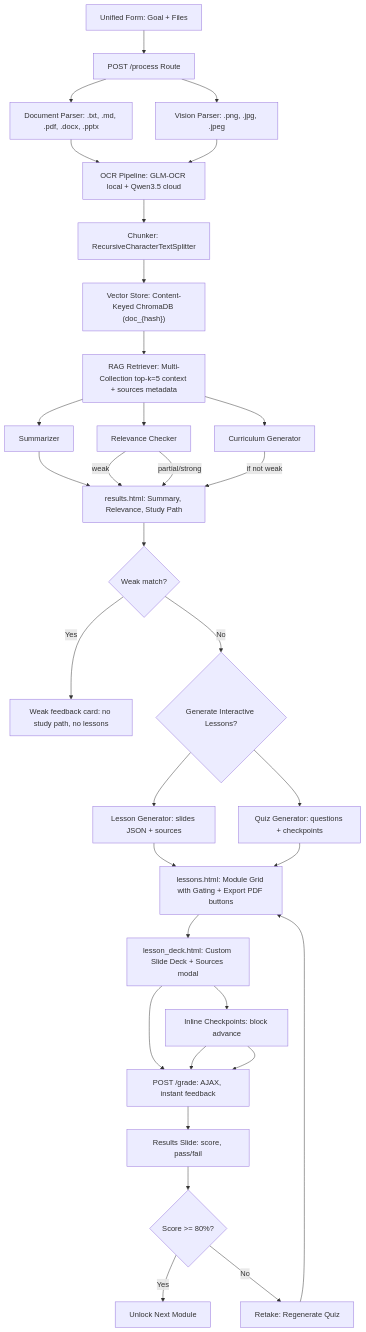
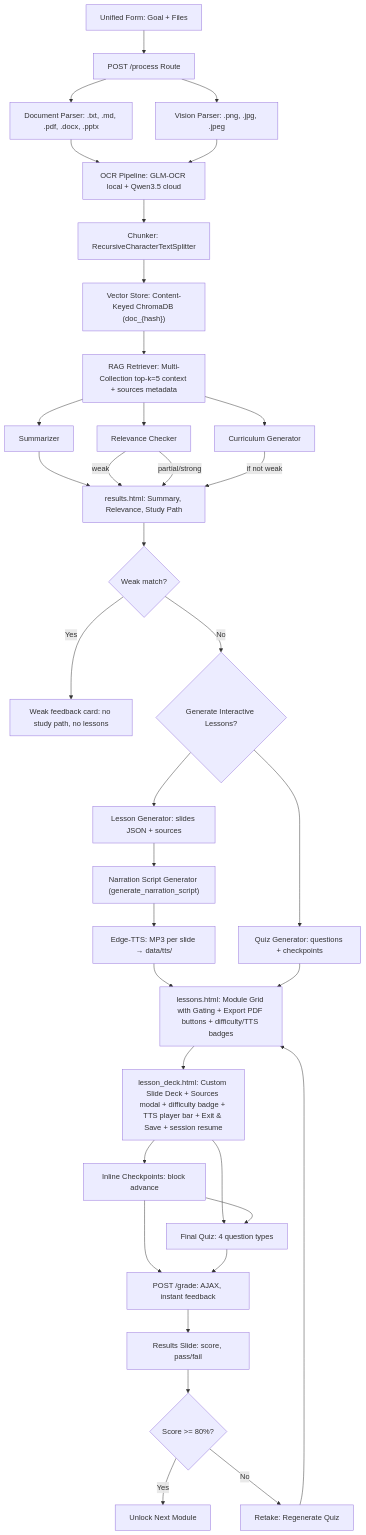
Before and after one commit to stephen-cpe/study-and-learn: the diagram in docs/DESIGN_AND_TESTING.md, drawn with Mermaid. The commit also changed other lines of this file and 40 other files, not shown here.

````diff
--- a/docs/DESIGN_AND_TESTING.md
+++ b/docs/DESIGN_AND_TESTING.md
@@ -14,35 +14,39 @@
 ```mermaid
 flowchart TD
     A["Unified Form: Goal + Files"] --> B["POST /process Route"]
     B --> C["Document Parser: .txt, .md, .pdf, .docx, .pptx"]
     B --> C2["Vision Parser: .png, .jpg, .jpeg"]
     C --> C3["OCR Pipeline: GLM-OCR local + Qwen3.5 cloud"]
     C2 --> C3
     C3 --> D["Chunker: RecursiveCharacterTextSplitter"]
     D --> E["Vector Store: Content-Keyed ChromaDB (doc_{hash})"]
     E --> F["RAG Retriever: Multi-Collection top-k=5 context + sources metadata"]
     F --> G["Summarizer"]
     F --> H["Relevance Checker"]
     F --> I["Curriculum Generator"]
     G --> J["results.html: Summary, Relevance, Study Path"]
     H -->|weak| J
     H -->|partial/strong| J
     I -->|if not weak| J
     J --> K{"Weak match?"}
     K -->|Yes| K2["Weak feedback card: no study path, no lessons"]
     K -->|No| L{"Generate Interactive Lessons?"}
     L --> M["Lesson Generator: slides JSON + sources"]
     L --> N["Quiz Generator: questions + checkpoints"]
-    M --> O["lessons.html: Module Grid with Gating + Export PDF buttons"]
+    M --> M2["Narration Script Generator (generate_narration_script)"]
+    M2 --> M3["Edge-TTS: MP3 per slide → data/tts/<path>/<module>/"]
+    M3 --> O
     N --> O
-    O --> P["lesson_deck.html: Custom Slide Deck + Sources modal"]
+    O["lessons.html: Module Grid with Gating + Export PDF buttons + difficulty/TTS badges"]
+    O --> P["lesson_deck.html: Custom Slide Deck + Sources modal + difficulty badge + TTS player bar + Exit & Save + session resume"]
     P --> Q["Inline Checkpoints: block advance"]
     P --> R["Final Quiz: 4 question types"]
     Q --> R
-    Q --> R["POST /grade: AJAX, instant feedback"]
-    R --> S["Results Slide: score, pass/fail"]
+    Q --> G2["POST /grade: AJAX, instant feedback"]
+    R --> G2
+    G2 --> S["Results Slide: score, pass/fail"]
     S --> T{"Score >= 80%?"}
     T -->|Yes| U["Unlock Next Module"]
     T -->|No| V["Retake: Regenerate Quiz"]
     V --> O
 ```
````
